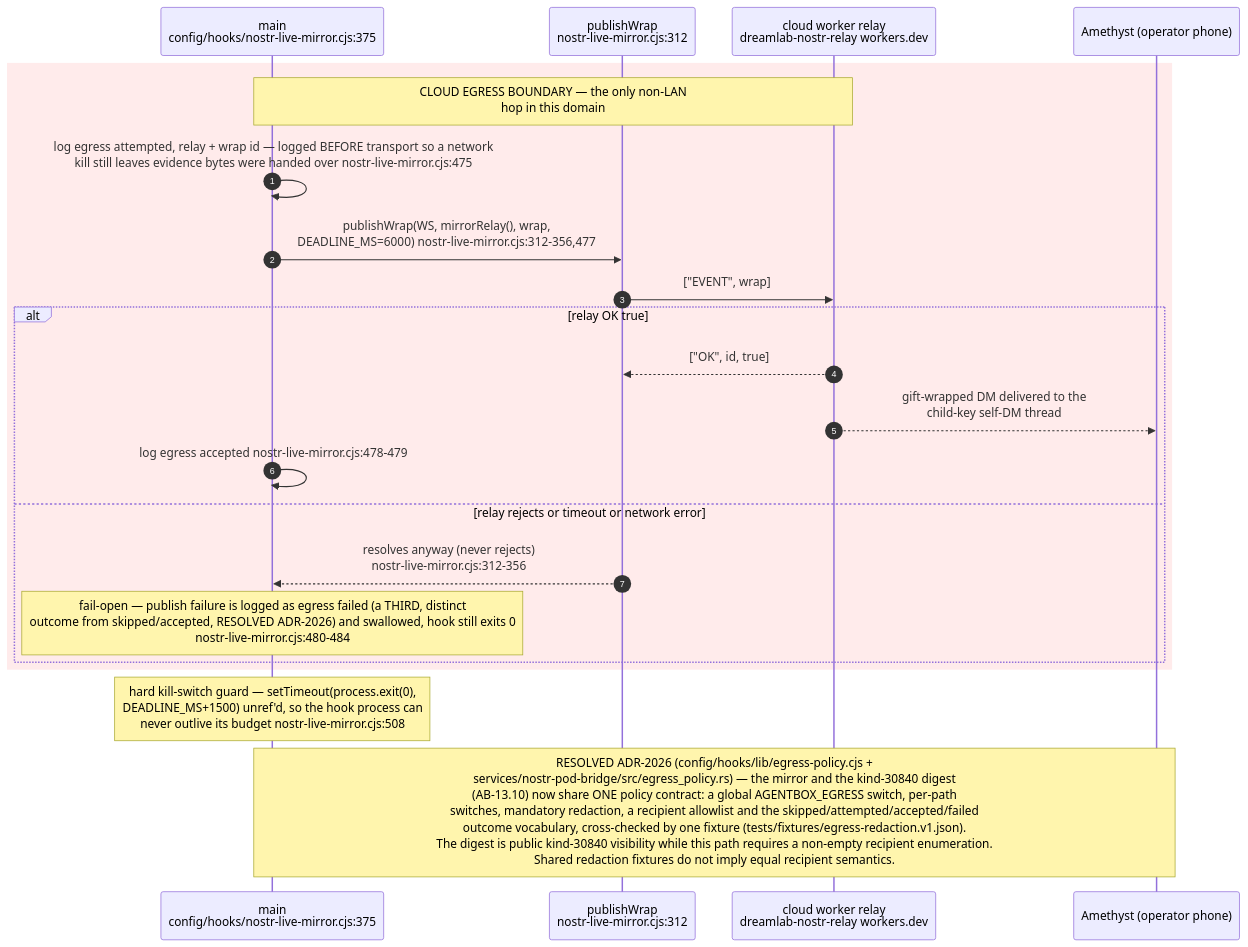
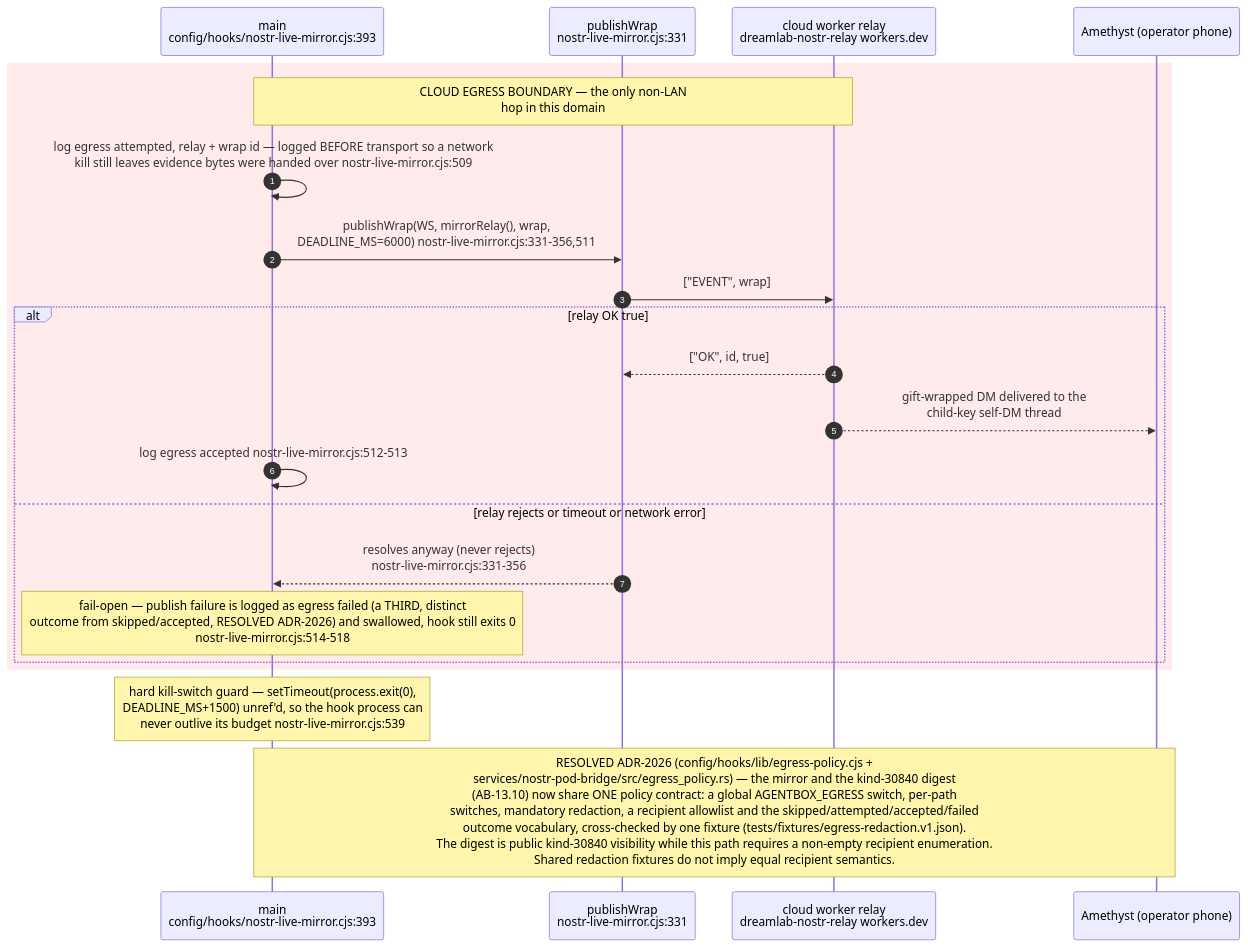
One commit to DreamLab-AI/VisionFlow changed diagram 12 of 16 in docs/diagrams/agentbox/13-nostr-relay-gateway-bridge-mirror.md. Above: the diagram before and after it, drawn with Mermaid. The commit also changed other lines of this file and 136 other files, not shown here.

First line of the commit message:
docs(diagrams): refresh the whole corpus to code HEAD and prune low-value diagrams

````diff
--- a/docs/diagrams/agentbox/13-nostr-relay-gateway-bridge-mirror.md
+++ b/docs/diagrams/agentbox/13-nostr-relay-gateway-bridge-mirror.md
@@ -482,25 +498,25 @@
 ```mermaid
 sequenceDiagram
     autonumber
-    participant MAIN as main<br/>config/hooks/nostr-live-mirror.cjs:375
-    participant PUB as publishWrap<br/>nostr-live-mirror.cjs:312
+    participant MAIN as main<br/>config/hooks/nostr-live-mirror.cjs:393
+    participant PUB as publishWrap<br/>nostr-live-mirror.cjs:331
     participant CLOUD as cloud worker relay<br/>dreamlab-nostr-relay workers.dev
     participant AME as Amethyst (operator phone)
 
     rect rgb(255, 235, 235)
 Note over MAIN,CLOUD: CLOUD EGRESS BOUNDARY — the only non-LAN<br/>hop in this domain
-MAIN->>MAIN: log egress attempted, relay + wrap id — logged BEFORE transport so a network<br/>kill still leaves evidence bytes were handed over nostr-live-mirror.cjs:475
-MAIN->>PUB: publishWrap(WS, mirrorRelay(), wrap,<br/>DEADLINE_MS=6000) nostr-live-mirror.cjs:312-356,477
+MAIN->>MAIN: log egress attempted, relay + wrap id — logged BEFORE transport so a network<br/>kill still leaves evidence bytes were handed over nostr-live-mirror.cjs:509
+MAIN->>PUB: publishWrap(WS, mirrorRelay(), wrap,<br/>DEADLINE_MS=6000) nostr-live-mirror.cjs:331-356,511
     PUB->>CLOUD: ["EVENT", wrap]
     alt relay OK true
         CLOUD-->>PUB: ["OK", id, true]
         CLOUD-->>AME: gift-wrapped DM delivered to the<br/>child-key self-DM thread
-        MAIN->>MAIN: log egress accepted nostr-live-mirror.cjs:478-479
+        MAIN->>MAIN: log egress accepted nostr-live-mirror.cjs:512-513
     else relay rejects or timeout or network error
-PUB-->>MAIN: resolves anyway (never rejects)<br/>nostr-live-mirror.cjs:312-356
-Note over MAIN: fail-open — publish failure is logged as egress failed (a THIRD, distinct<br/>outcome from skipped/accepted, RESOLVED ADR-2026) and swallowed, hook still exits 0<br/>nostr-live-mirror.cjs:480-484
+PUB-->>MAIN: resolves anyway (never rejects)<br/>nostr-live-mirror.cjs:331-356
+Note over MAIN: fail-open — publish failure is logged as egress failed (a THIRD, distinct<br/>outcome from skipped/accepted, RESOLVED ADR-2026) and swallowed, hook still exits 0<br/>nostr-live-mirror.cjs:514-518
     end
     end
-Note over MAIN: hard kill-switch guard — setTimeout(process.exit(0),<br/>DEADLINE_MS+1500) unref'd, so the hook process can<br/>never outlive its budget nostr-live-mirror.cjs:508
+Note over MAIN: hard kill-switch guard — setTimeout(process.exit(0),<br/>DEADLINE_MS+1500) unref'd, so the hook process can<br/>never outlive its budget nostr-live-mirror.cjs:539
 Note over MAIN,AME: RESOLVED ADR-2026 (config/hooks/lib/egress-policy.cjs +<br/>services/nostr-pod-bridge/src/egress_policy.rs) — the mirror and the kind-30840 digest<br/>(AB-13.10) now share ONE policy contract: a global AGENTBOX_EGRESS switch, per-path<br/>switches, mandatory redaction, a recipient allowlist and the skipped/attempted/accepted/failed<br/>outcome vocabulary, cross-checked by one fixture (tests/fixtures/egress-redaction.v1.json).<br/>The digest is public kind-30840 visibility while this path requires a non-empty recipient enumeration.<br/>Shared redaction fixtures do not imply equal recipient semantics.
 ```
````
